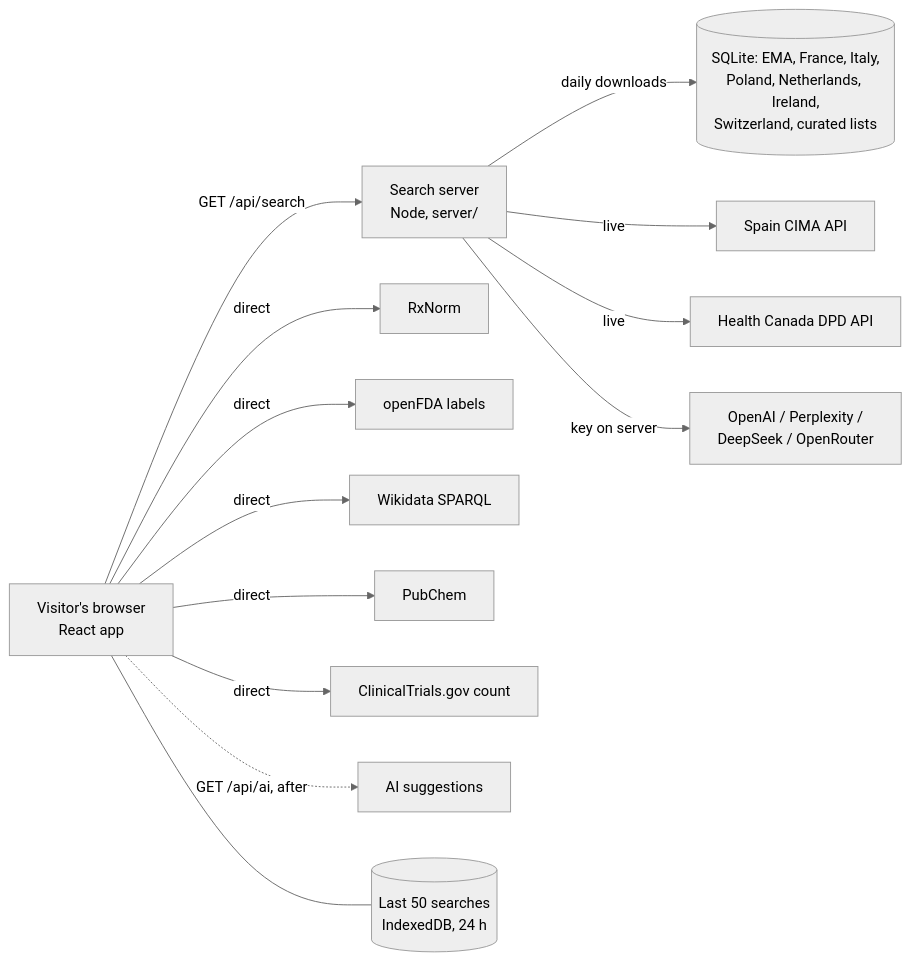
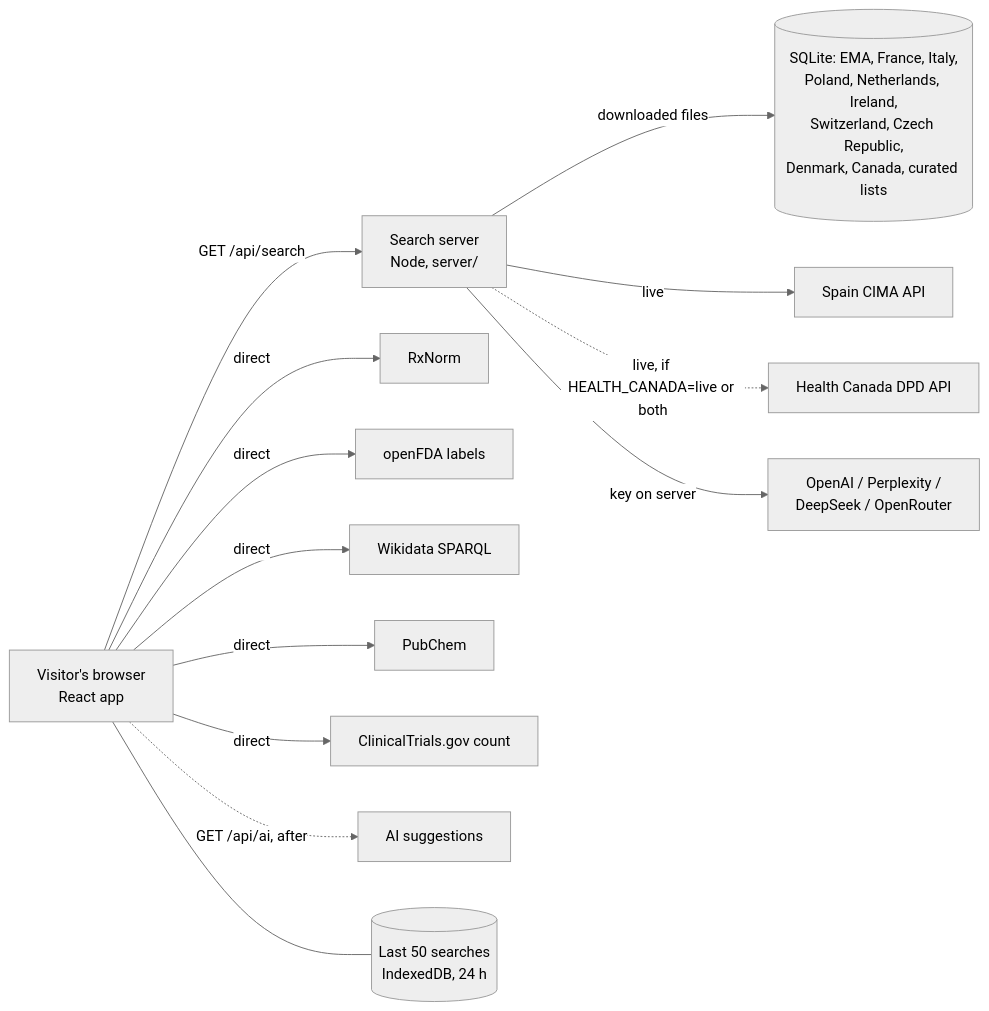
Before and after one commit to andreibesleaga/medicine-finder: the diagram in docs/ARCHITECTURE.md, drawn with Mermaid (neutral theme). The commit also changed other lines of this file and 25 other files, not shown here.

Commit message:
v2.2.0: Czech Republic and Denmark data; Canada from Health Canada's monthly extract with HEALTH_CANADA switch; Railway volume and config as code (.railway/railway.ts) (#80)

````diff
--- a/docs/ARCHITECTURE.md
+++ b/docs/ARCHITECTURE.md
@@ -11,15 +11,15 @@
 ```mermaid
 flowchart LR
   U[Visitor's browser<br/>React app] -->|GET /api/search| S[Search server<br/>Node, server/]
   U -->|direct| R[RxNorm]
   U -->|direct| F[openFDA labels]
   U -->|direct| W[Wikidata SPARQL]
   U -->|direct| P[PubChem]
   U -->|direct| T[ClinicalTrials.gov count]
   U -.->|GET /api/ai, after| AI2[AI suggestions]
   U --- C[(Last 50 searches<br/>IndexedDB, 24 h)]
-  S -->|daily downloads| D[(SQLite: EMA, France, Italy,<br/>Poland, Netherlands, Ireland,<br/>Switzerland, curated lists)]
+  S -->|downloaded files| D[(SQLite: EMA, France, Italy,<br/>Poland, Netherlands, Ireland,<br/>Switzerland, Czech Republic,<br/>Denmark, Canada, curated lists)]
   S -->|live| ES[Spain CIMA API]
-  S -->|live| HC[Health Canada DPD API]
+  S -.->|live, if HEALTH_CANADA=live or both| HC[Health Canada DPD API]
   S -->|key on server| AI[OpenAI / Perplexity /<br/>DeepSeek / OpenRouter]
 ```
````
